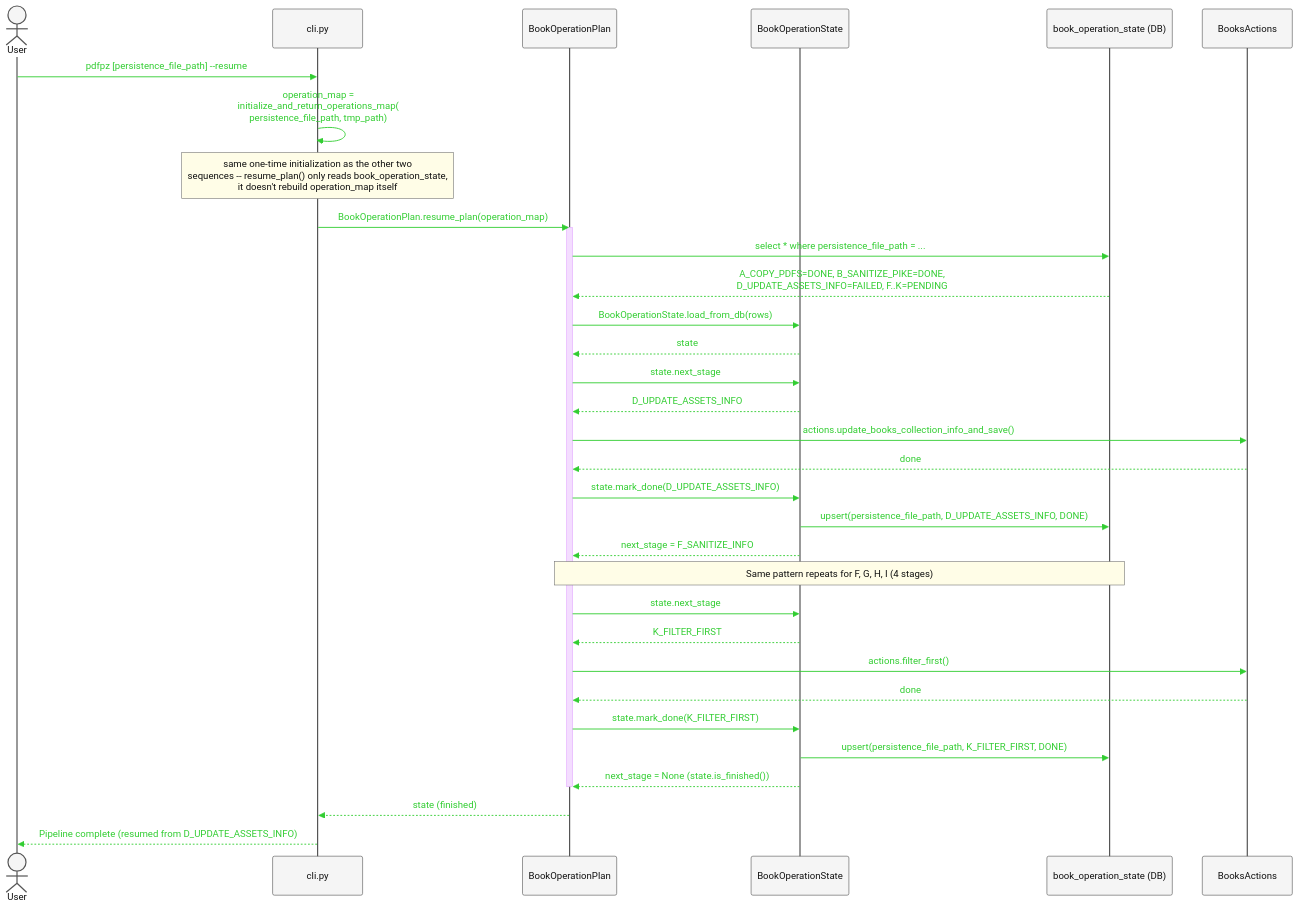
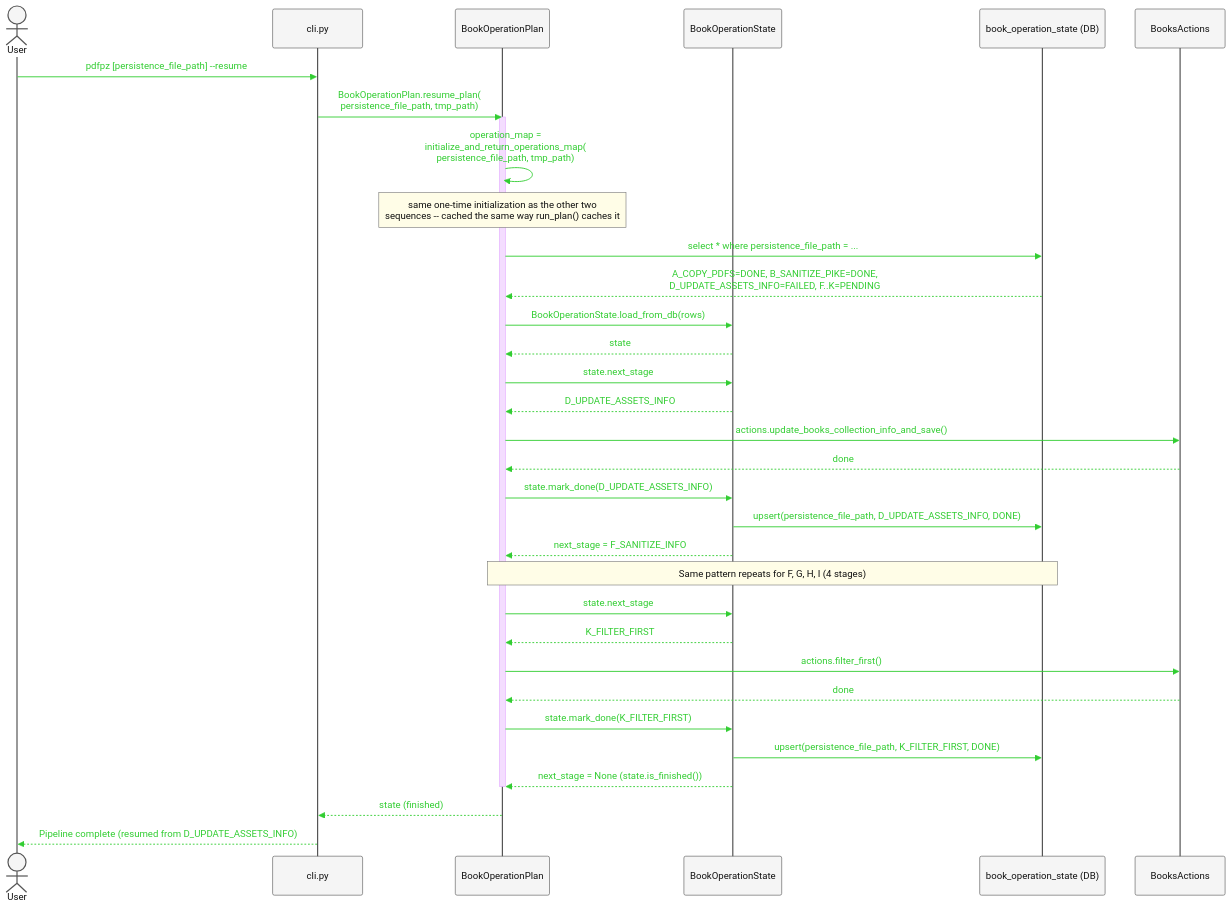
The third of 4 diagrams in src/pdfpz/Docs/api-cli-hl.md (sdhube/forkpdfpz), drawn with Mermaid before and after one commit. The commit also changed other lines of this file, not shown here.

Commit message:
Docs: fix sequences to show operation_map init happening inside run_plan/resume_plan, not cli.py

````diff
--- a/src/pdfpz/Docs/api-cli-hl.md
+++ b/src/pdfpz/Docs/api-cli-hl.md
@@ -209,56 +215,56 @@
 ```mermaid
 %%{init: {
   "theme": "base",
   "themeVariables": {
     "fontSize": "48px",
     "actorFontSize": "48px",
     "messageFontSize": "44px",
     "noteFontSize": "40px",
     "actorBkg": "#f5f5f5",
     "actorBorder": "#555555",
     "actorTextColor": "#111111",
     "signalColor": "#32CD32",
     "signalTextColor": "#32CD32",
     "labelTextColor": "#32CD32",
     "noteBkgColor": "#fffde7",
     "noteBorderColor": "#777777",
     "noteTextColor": "#111111"
   },
   "themeCSS": ".messageText,.signalText,.labelText{fill:#32CD32 !important;stroke:none !important;} .messageLine0,.messageLine1{stroke:#32CD32 !important;}"
 }}%%
 sequenceDiagram
     actor User
     participant CLI as cli.py
     participant Plan as BookOperationPlan
     participant State as BookOperationState
     participant DB as book_operation_state (DB)
     participant Actions as BooksActions
 
     User->>CLI: pdfpz [persistence_file_path] --resume
-    CLI->>CLI: operation_map =<br/>initialize_and_return_operations_map(<br/>persistence_file_path, tmp_path)
-    Note over CLI: same one-time initialization as the other two<br/>sequences -- resume_plan() only reads book_operation_state,<br/>it doesn't rebuild operation_map itself
-    CLI->>Plan: BookOperationPlan.resume_plan(operation_map)
+    CLI->>Plan: BookOperationPlan.resume_plan(<br/>persistence_file_path, tmp_path)
     activate Plan
+    Plan->>Plan: operation_map =<br/>initialize_and_return_operations_map(<br/>persistence_file_path, tmp_path)
+    Note over Plan: same one-time initialization as the other two<br/>sequences -- cached the same way run_plan() caches it
     Plan->>DB: select * where persistence_file_path = ...
     DB-->>Plan: A_COPY_PDFS=DONE, B_SANITIZE_PIKE=DONE,<br/>D_UPDATE_ASSETS_INFO=FAILED, F..K=PENDING
     Plan->>State: BookOperationState.load_from_db(rows)
     State-->>Plan: state
     Plan->>State: state.next_stage
     State-->>Plan: D_UPDATE_ASSETS_INFO
     Plan->>Actions: actions.update_books_collection_info_and_save()
     Actions-->>Plan: done
     Plan->>State: state.mark_done(D_UPDATE_ASSETS_INFO)
     State->>DB: upsert(persistence_file_path, D_UPDATE_ASSETS_INFO, DONE)
     State-->>Plan: next_stage = F_SANITIZE_INFO
     Note over Plan,DB: Same pattern repeats for F, G, H, I (4 stages)
     Plan->>State: state.next_stage
     State-->>Plan: K_FILTER_FIRST
     Plan->>Actions: actions.filter_first()
     Actions-->>Plan: done
     Plan->>State: state.mark_done(K_FILTER_FIRST)
     State->>DB: upsert(persistence_file_path, K_FILTER_FIRST, DONE)
     State-->>Plan: next_stage = None (state.is_finished())
     deactivate Plan
     Plan-->>CLI: state (finished)
     CLI-->>User: Pipeline complete (resumed from D_UPDATE_ASSETS_INFO)
 ```
````
